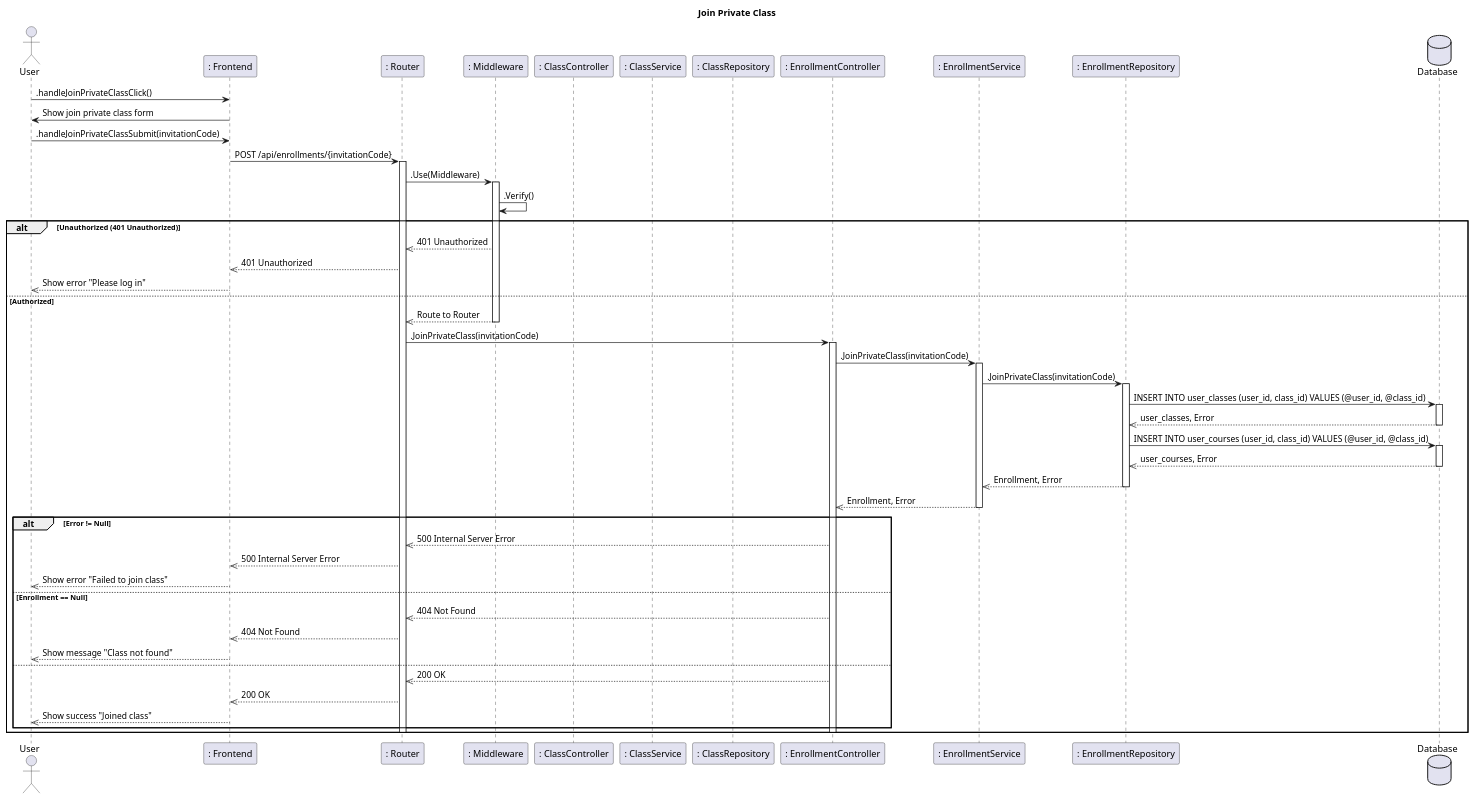
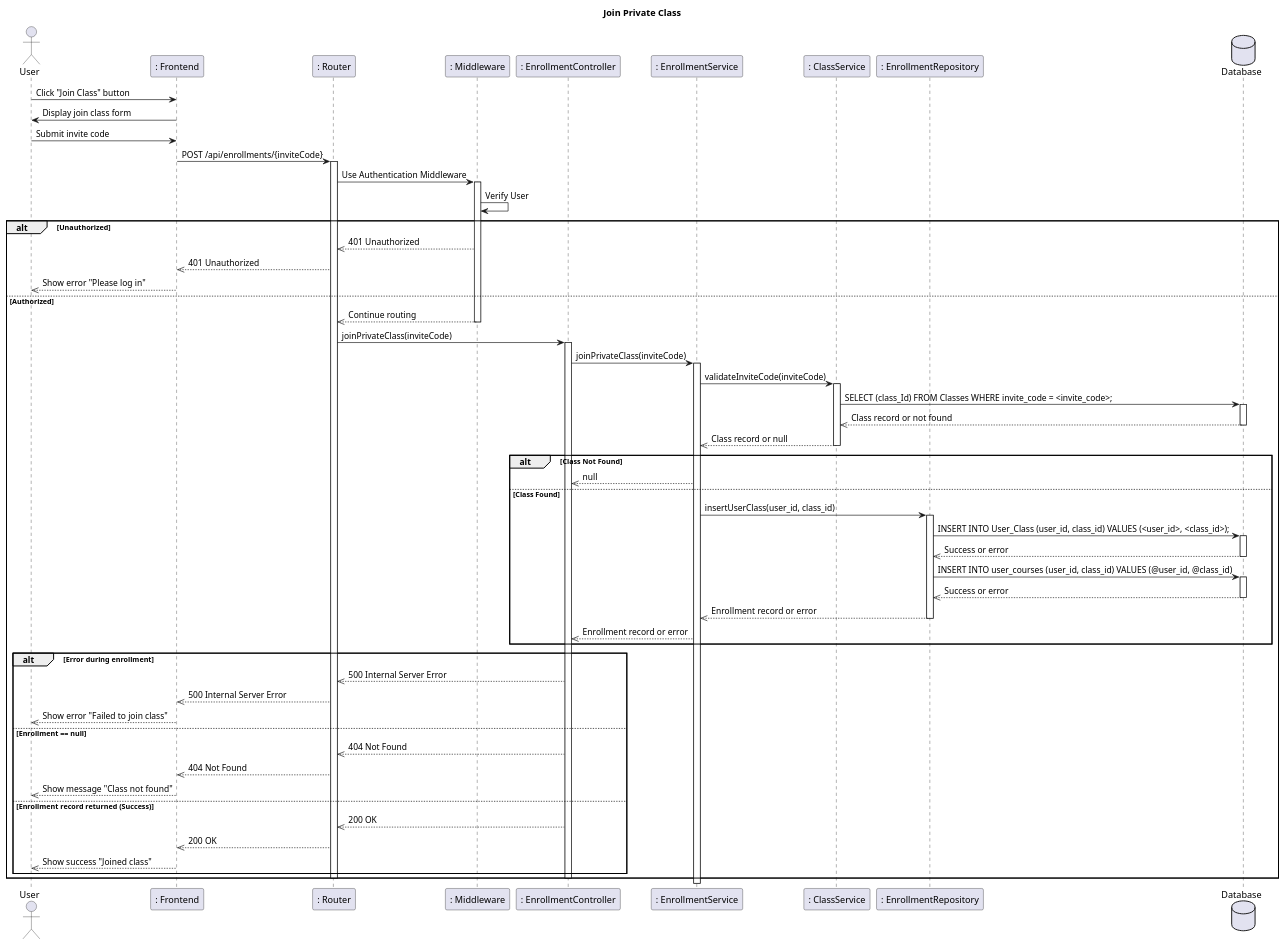
Before and after one commit to CS371-Project-Management/CS371-Sequence-Diagram: the diagram in SD14-Join-Private-Class.puml, drawn with PlantUML. The commit also changed 5 other files, not shown here.

```diff
--- a/SD14-Join-Private-Class.puml
+++ b/SD14-Join-Private-Class.puml
@@ -1,74 +1,92 @@
 @startuml SequenceDiagram
 title Join Private Class
+
 actor User
 
 participant ": Frontend" as Frontend
 participant ": Router" as Router
 participant ": Middleware" as Middleware
-
-participant ": ClassController" as ClassController
-participant ": ClassService" as ClassService
-participant ": ClassRepository" as ClassRepository
-
 participant ": EnrollmentController" as EnrollmentController
 participant ": EnrollmentService" as EnrollmentService
+participant ": ClassService" as ClassService
 participant ": EnrollmentRepository" as EnrollmentRepository
-
 database Database
 
-User -> Frontend: .handleJoinPrivateClassClick()
-Frontend -> User: Show join private class form
+' 1. ผู้ใช้กดปุ่ม join class และแสดงฟอร์ม
+User -> Frontend: Click "Join Class" button
+Frontend -> User: Display join class form
 
-User -> Frontend: .handleJoinPrivateClassSubmit(invitationCode)
-Frontend -> Router: POST /api/enrollments/{invitationCode}
+' 2. ผู้ใช้กรอก invite code แล้วส่งข้อมูล
+User -> Frontend: Submit invite code
+Frontend -> Router: POST /api/enrollments/{inviteCode}
 activate Router
 
-Router -> Middleware: .Use(Middleware)
+' ตรวจสอบสิทธิ์ผู้ใช้ผ่าน Middleware
+Router -> Middleware: Use Authentication Middleware
 activate Middleware
-Middleware -> Middleware : .Verify()
-
-alt Unauthorized (401 Unauthorized)
+Middleware -> Middleware: Verify User
+alt Unauthorized
   Middleware -->> Router: 401 Unauthorized
   Router -->> Frontend: 401 Unauthorized
   Frontend -->> User: Show error "Please log in"
 else Authorized
-  Middleware -->> Router: Route to Router
+  Middleware -->> Router: Continue routing
   deactivate Middleware
-  Router -> EnrollmentController: .JoinPrivateClass(invitationCode)
+
+  ' เรียก EnrollmentController เพื่อ join class
+  Router -> EnrollmentController: joinPrivateClass(inviteCode)
   activate EnrollmentController
-  EnrollmentController -> EnrollmentService: .JoinPrivateClass(invitationCode)
+  EnrollmentController -> EnrollmentService: joinPrivateClass(inviteCode)
   activate EnrollmentService
-  EnrollmentService -> EnrollmentRepository: .JoinPrivateClass(invitationCode)
-  activate EnrollmentRepository
-  EnrollmentRepository -> Database: INSERT INTO user_classes (user_id, class_id) VALUES (@user_id, @class_id)
+
+  ' ตรวจสอบ invite code (SQL Call 1)
+  EnrollmentService -> ClassService: validateInviteCode(inviteCode)
+  activate ClassService
+  ClassService -> Database: SELECT (class_Id) FROM Classes WHERE invite_code = <invite_code>;
   activate Database
-  Database -->> EnrollmentRepository : user_classes, Error
+  Database -->> ClassService: Class record or not found
   deactivate Database
-  EnrollmentRepository -> Database: INSERT INTO user_courses (user_id, class_id) VALUES (@user_id, @class_id)
-  activate Database
-  Database -->> EnrollmentRepository : user_courses, Error
-  deactivate Database
-  EnrollmentRepository -->> EnrollmentService : Enrollment, Error
-  deactivate EnrollmentRepository
-  EnrollmentService -->> EnrollmentController : Enrollment, Error
-  deactivate EnrollmentService
-  alt Error != Null
-    EnrollmentController -->> Router : 500 Internal Server Error
-    Router -->> Frontend : 500 Internal Server Error
-    Frontend -->> User : Show error "Failed to join class"
-  else Enrollment == Null
-    EnrollmentController -->> Router : 404 Not Found
-    Router -->> Frontend : 404 Not Found
-    Frontend -->> User : Show message "Class not found"
-  else
-    EnrollmentController -->> Router : 200 OK
-    Router -->> Frontend : 200 OK
-    Frontend -->> User : Show success "Joined class"
+  ClassService -->> EnrollmentService: Class record or null
+  deactivate ClassService
+
+  alt Class Not Found
+    EnrollmentService -->> EnrollmentController: null
+  else Class Found
+    ' บันทึกข้อมูลการเข้าร่วม class (SQL Call 2: บันทึก user_classes)
+    EnrollmentService -> EnrollmentRepository: insertUserClass(user_id, class_id)
+    activate EnrollmentRepository
+    EnrollmentRepository -> Database: INSERT INTO User_Class (user_id, class_id) VALUES (<user_id>, <class_id>);
+    activate Database
+    Database -->> EnrollmentRepository: Success or error
+    deactivate Database
+
+    ' บันทึกข้อมูลการเข้าร่วม class (SQL Call 3: บันทึก user_courses)
+    EnrollmentRepository -> Database: INSERT INTO user_courses (user_id, class_id) VALUES (@user_id, @class_id)
+    activate Database
+    Database -->> EnrollmentRepository: Success or error
+    deactivate Database
+    EnrollmentRepository -->> EnrollmentService: Enrollment record or error
+    deactivate EnrollmentRepository
+    EnrollmentService -->> EnrollmentController: Enrollment record or error
   end
+
+  ' ตรวจสอบผลการดำเนินการใน EnrollmentController
+  alt Error during enrollment
+    EnrollmentController -->> Router: 500 Internal Server Error
+    Router -->> Frontend: 500 Internal Server Error
+    Frontend -->> User: Show error "Failed to join class"
+  else Enrollment == null
+    EnrollmentController -->> Router: 404 Not Found
+    Router -->> Frontend: 404 Not Found
+    Frontend -->> User: Show message "Class not found"
+  else Enrollment record returned (Success)
+    EnrollmentController -->> Router: 200 OK
+    Router -->> Frontend: 200 OK
+    Frontend -->> User: Show success "Joined class"
+  end
+
   deactivate EnrollmentController
   deactivate Router
 end
 
-
-
 @enduml
```
